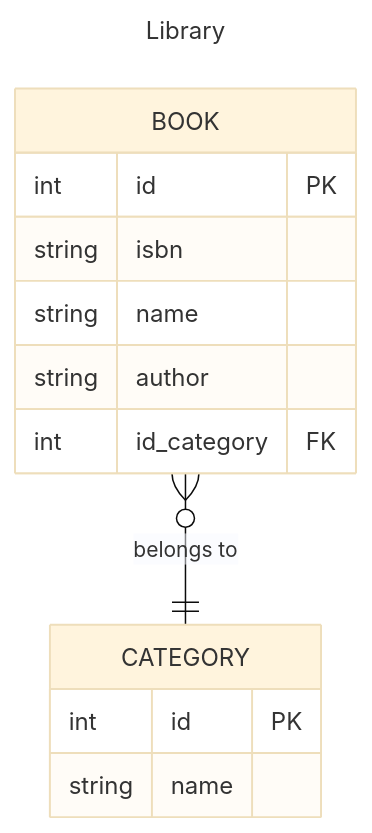
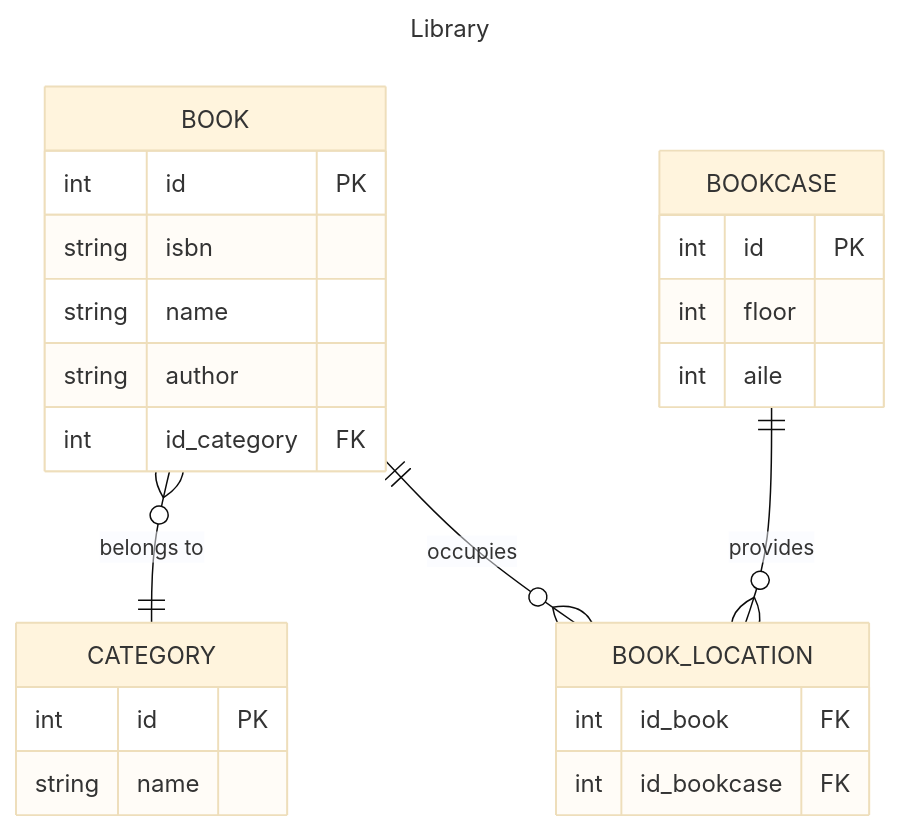
The diagram in README.md (ryansuhartanto/koda-b8-db1), drawn with Mermaid (base theme) before and after one commit.

Commit message:
feat: add bookcase

````diff
--- a/README.md
+++ b/README.md
@@ -5,23 +5,37 @@
 ```mermaid
 ---
 title: Library
 ---
 
 erDiagram
 
 BOOK }o--|| CATEGORY : "belongs to"
+
+BOOK     ||--o{ BOOK_LOCATION : "occupies"
+BOOKCASE ||--o{ BOOK_LOCATION : "provides"
 
 BOOK {
     int id PK
     string isbn
     string name
     string author
 
     int id_category FK
 }
 
 CATEGORY {
     int id PK
     string name
 }
+
+BOOKCASE {
+    int id PK
+    int floor
+    int aile
+}
+
+BOOK_LOCATION {
+    int id_book FK
+    int id_bookcase FK
+}
 ```
````
